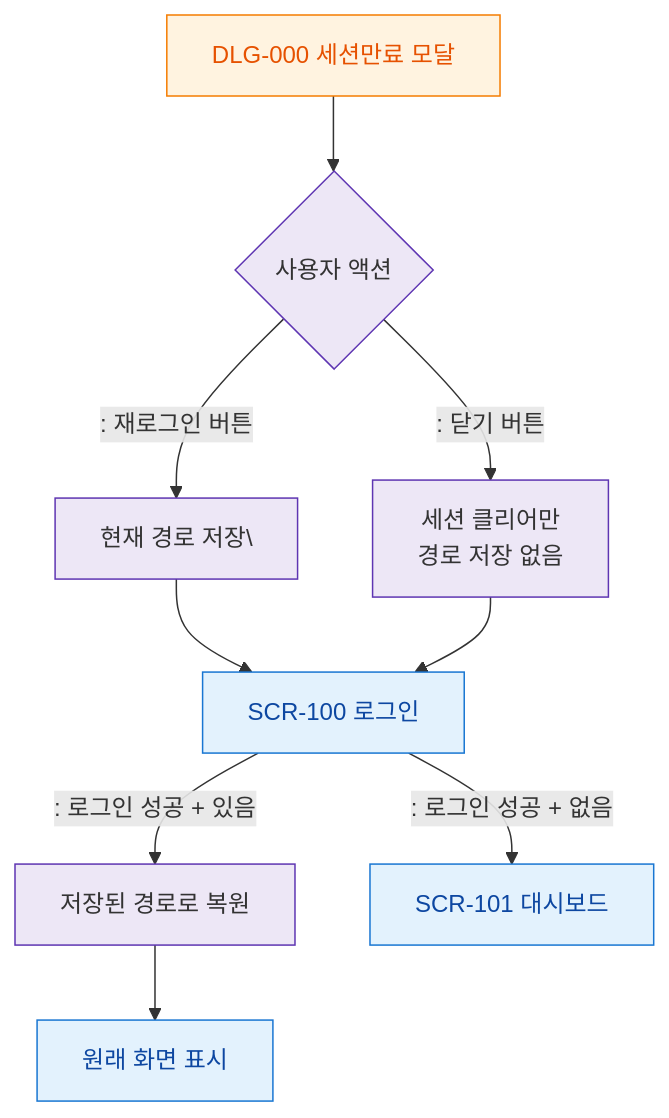
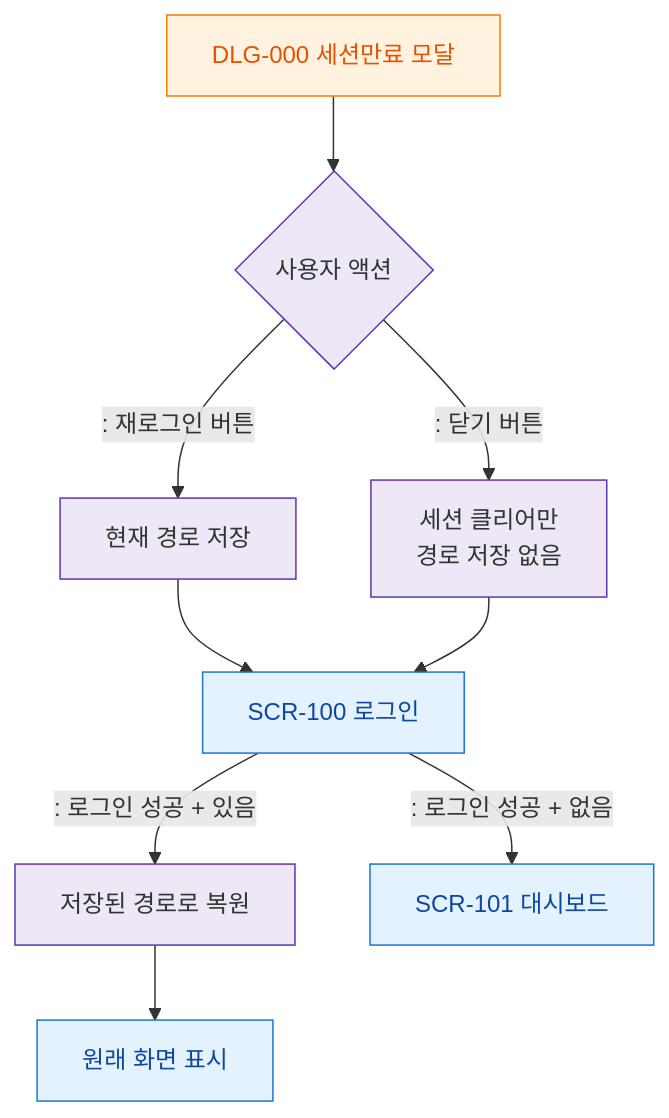
One commit to dev-spogym/admin-pando changed the diagram in docs/admin/다이어그램/D01_공통/DLG/DLG-000_세션만료/M3_결과분기.md. Above: the diagram before and after it, drawn with Mermaid. The commit also changed 369 other files, not shown here.

````diff
--- a/docs/admin/다이어그램/D01_공통/DLG/DLG-000_세션만료/M3_결과분기.md
+++ b/docs/admin/다이어그램/D01_공통/DLG/DLG-000_세션만료/M3_결과분기.md
@@ -17,23 +17,23 @@
 ```mermaid
 flowchart TD
     DLG_000[DLG-000 세션만료 모달] --> ACTION{사용자 액션}
 
-    ACTION -->|": 재로그인 버튼"|SAVE_REDIRECT[현재 경로 저장\]
+    ACTION -->|": 재로그인 버튼"|SAVE_REDIRECT[현재 경로 저장]
     ACTION -->|": 닫기 버튼"|CLEAR_ONLY[세션 클리어만\n경로 저장 없음]
 
     SAVE_REDIRECT --> SCR_100[SCR-100 로그인]
     CLEAR_ONLY --> SCR_100
 
     SCR_100 -->|": 로그인 성공 + 있음"|RESTORE[저장된 경로로 복원]
     SCR_100 -->|": 로그인 성공 + 없음"|DASH[SCR-101 대시보드]
 
     RESTORE --> ORIGINAL[원래 화면 표시]
 
     classDef screen fill:#E3F2FD,stroke:#1976D2,color:#0D47A1
     classDef modal fill:#FFF3E0,stroke:#F57C00,color:#E65100
     classDef system fill:#EDE7F6,stroke:#5E35B2
     classDef success fill:#E8F5E9,stroke:#2E7D32,color:#1B5E20
     class SCR_100,DASH,ORIGINAL screen
     class DLG_000 modal
     class ACTION,SAVE_REDIRECT,CLEAR_ONLY,RESTORE system
 ```
````
